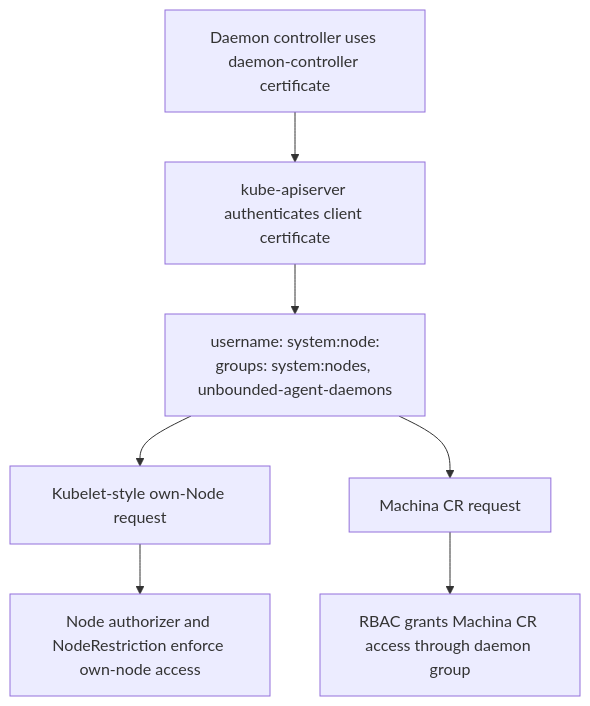
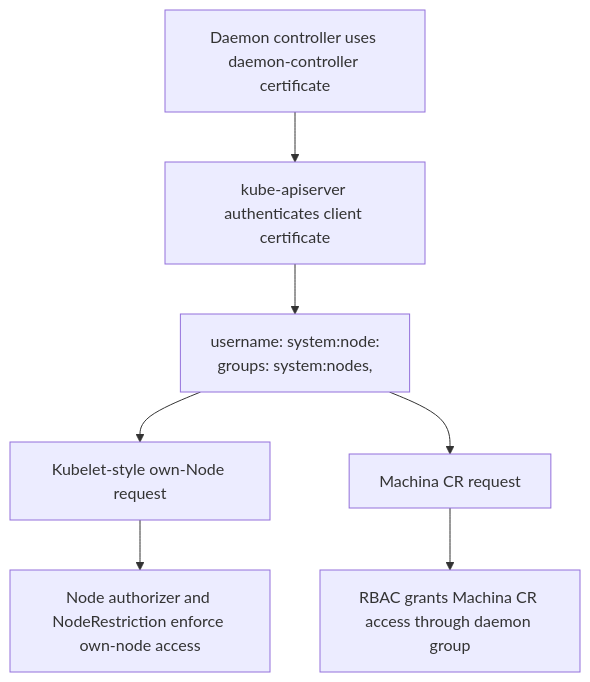
Before and after one commit to Azure/unbounded: the second of 2 diagrams in designs/daemon-controller-authnz.md, drawn with Mermaid. The commit also changed other lines of this file, not shown here.

Commit message:
Clarify daemon cert signer design

````diff
--- a/designs/daemon-controller-authnz.md
+++ b/designs/daemon-controller-authnz.md
@@ -284,17 +368,17 @@
 ```mermaid
 flowchart TD
     Daemon["Daemon controller uses daemon-controller certificate"]
     APIServer["kube-apiserver authenticates client certificate"]
-    Identity["username: system:node:<nodeName><br/>groups: system:nodes, unbounded-agent-daemons"]
+    Identity["username: system:node:<nodeName><br/>groups: system:nodes, <daemonGroup>"]
     NodeRequest["Kubelet-style own-Node request"]
     MachinaRequest["Machina CR request"]
     NodeAuthz["Node authorizer and NodeRestriction enforce own-node access"]
     RBAC["RBAC grants Machina CR access through daemon group"]
 
     Daemon --> APIServer
     APIServer --> Identity
     Identity --> NodeRequest
     Identity --> MachinaRequest
     NodeRequest --> NodeAuthz
     MachinaRequest --> RBAC
 ```
````
